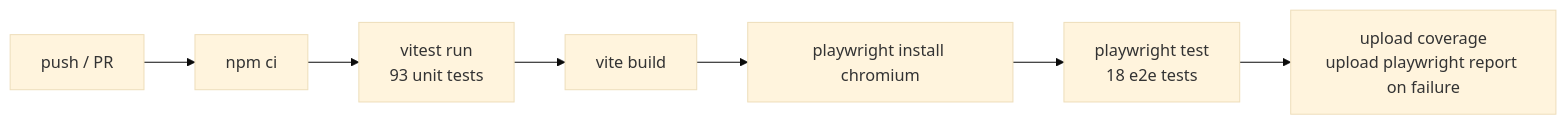
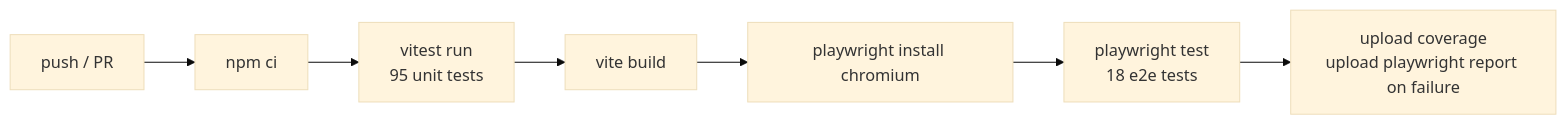
One commit to kinncj/GitHub-Copilot-Enterprise-Dashboard changed the second of 2 diagrams in docs/deployment.md. Above: the diagram before and after it, drawn with Mermaid (base theme). The commit also changed 5 other files, not shown here.

````diff
--- a/docs/deployment.md
+++ b/docs/deployment.md
@@ -57,9 +57,9 @@
 ```mermaid
 flowchart LR
     push["push / PR"] --> install["npm ci"]
-    install --> unit["vitest run\n93 unit tests"]
+    install --> unit["vitest run\n95 unit tests"]
     unit --> build["vite build"]
     build --> playwright["playwright install chromium"]
     playwright --> e2e["playwright test\n18 e2e tests"]
     e2e --> artifacts["upload coverage\nupload playwright report on failure"]
 ```
````
